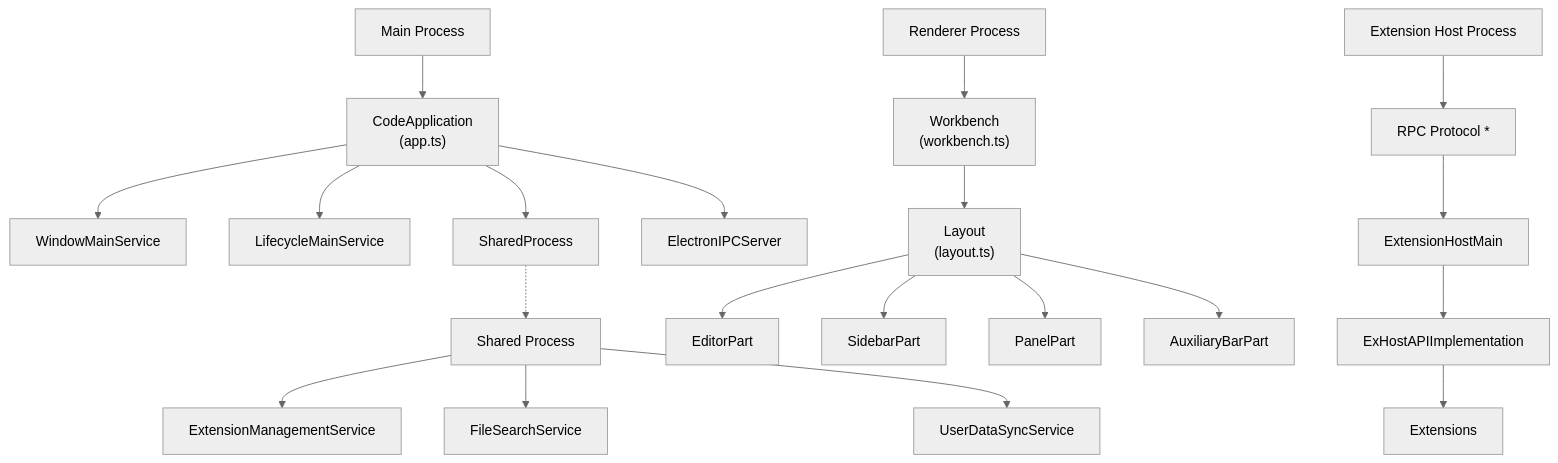
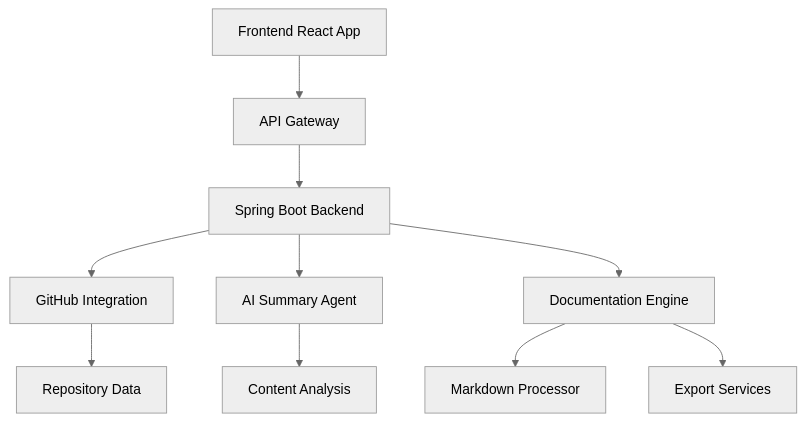
The first of 2 diagrams in frontend/src/pages/docs/overview.md (kimhongzhang323/Codenection2025), drawn with Mermaid (neutral theme) before and after one commit. The commit also changed other lines of this file and 9 other files, not shown here.

````diff
--- a/frontend/src/pages/docs/overview.md
+++ b/frontend/src/pages/docs/overview.md
@@ -11,26 +17,12 @@
 ```mermaid
 graph TD
-    A[Shared Process] --> B[ExtensionManagementService]
-    A --> C[FileSearchService]
-    A --> D[UserDataSyncService]
-
-    E[Main Process] --> F["CodeApplication<br/>(app.ts)"]
-    F --> G[WindowMainService]
-    F --> H[LifecycleMainService]
-    F --> I[SharedProcess]
-    F --> J[ElectronIPCServer]
-
-    K[Renderer Process] --> L["Workbench<br/>(workbench.ts)"]
-    L --> M["Layout<br/>(layout.ts)"]
-    M --> N[EditorPart]
-    M --> O[SidebarPart]
-    M --> P[PanelPart]
-    M --> Q[AuxiliaryBarPart]
-
-    R[Extension Host Process] --> S["RPC Protocol *"]
-    S --> T[ExtensionHostMain]
-    T --> U[ExHostAPIImplementation]
-    U --> V[Extensions]
-
-    I -.-> A 
+    A[Frontend React App] --> B[API Gateway]
+    B --> C[Spring Boot Backend]
+    C --> D[GitHub Integration]
+    C --> E[AI Summary Agent]
+    C --> F[Documentation Engine]
+    F --> G[Markdown Processor]
+    F --> H[Export Services]
+    E --> I[Content Analysis]
+    D --> J[Repository Data]
 ```
````
